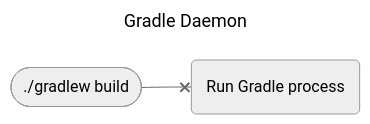
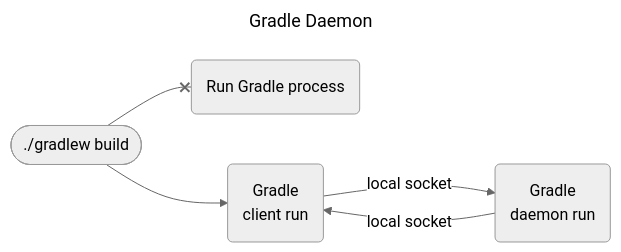
One commit to AlexeyPanchenko/shmr24 changed the diagram in presentation/02_Details/02_daemon/01_schema.mmd. Above: the diagram before and after it, drawn with Mermaid (neutral theme). The commit also changed other lines of this file and 110 other files, not shown here.

```diff
--- a/presentation/02_Details/02_daemon/01_schema.mmd
+++ b/presentation/02_Details/02_daemon/01_schema.mmd
@@ -1,16 +1,16 @@
 ---
 title: Gradle Daemon
 ---
 flowchart LR
     gradlew([./gradlew build])
 
 
     gradlew --x run("Run Gradle process")
 
-%%    client("Gradle
-%%    client run")
-%%    daemon("Gradle
-%%    daemon run")
-%%    gradlew --> client
-%%    client -- local socket --> daemon
-%%    daemon -- local socket --> client
+    client("Gradle
+    client run")
+    gradlew --> client
+    daemon("Gradle
+    daemon run")
+    client -- local socket --> daemon
+    daemon -- local socket --> client
```
